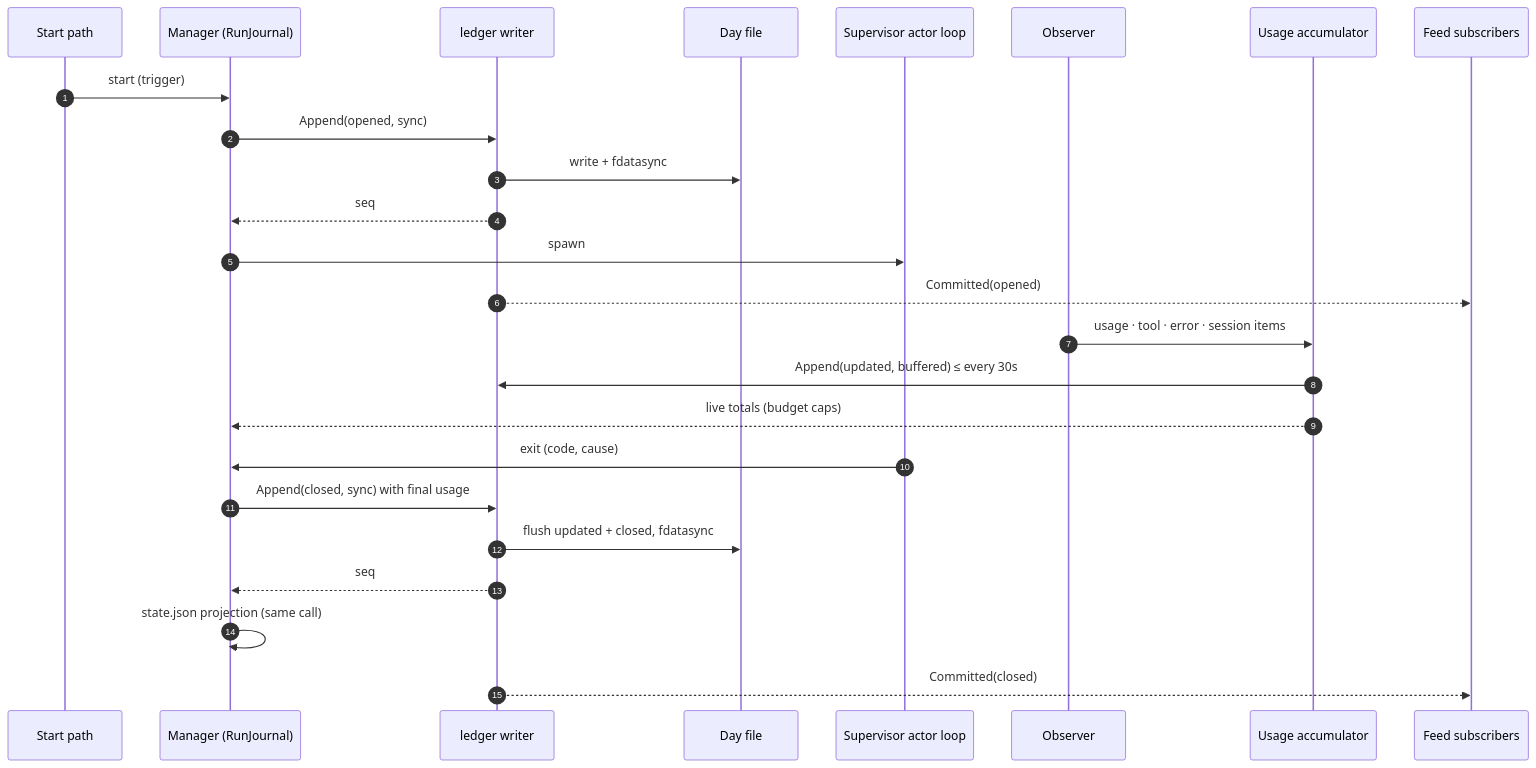
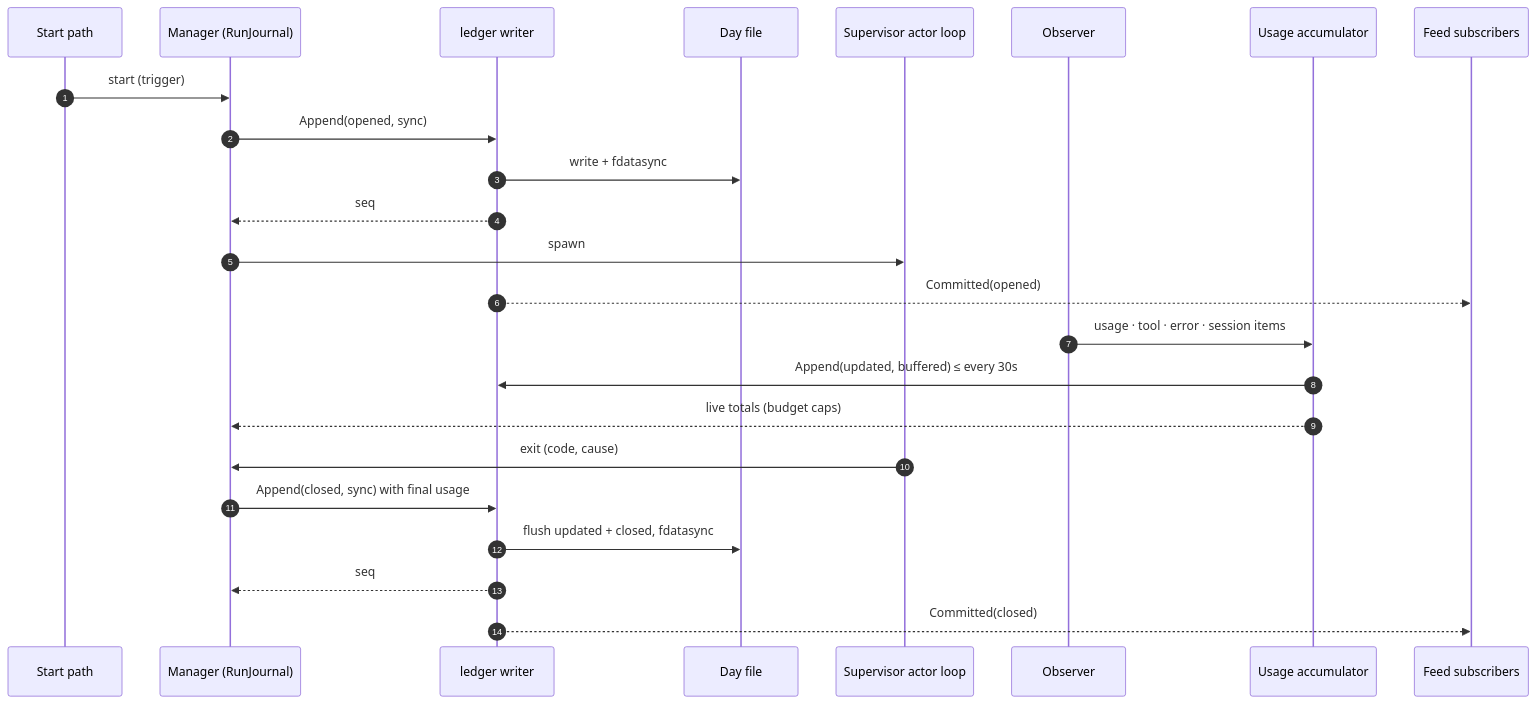
One commit to stump-wtf/harness changed the first of 2 diagrams in docs/openspec/specs/run-ledger/design.md. Above: the diagram before and after it, drawn with Mermaid. The commit also changed other lines of this file and 2 other files, not shown here.

First line of the commit message:
docs(adr,spec): drop the state.json run projection outright

````diff
--- a/docs/openspec/specs/run-ledger/design.md
+++ b/docs/openspec/specs/run-ledger/design.md
@@ -264,28 +285,27 @@
 ```mermaid
 sequenceDiagram
     autonumber
     participant Src as Start path
     participant M as Manager (RunJournal)
     participant W as ledger writer
     participant F as Day file
     participant S as Supervisor actor loop
     participant O as Observer
     participant A as Usage accumulator
     participant Sub as Feed subscribers
 
     Src->>M: start (trigger)
     M->>W: Append(opened, sync)
     W->>F: write + fdatasync
     W-->>M: seq
     M->>S: spawn
     W-->>Sub: Committed(opened)
     O->>A: usage · tool · error · session items
     A->>W: Append(updated, buffered) ≤ every 30s
     A-->>M: live totals (budget caps)
     S->>M: exit (code, cause)
     M->>W: Append(closed, sync) with final usage
     W->>F: flush updated + closed, fdatasync
     W-->>M: seq
-    M->>M: state.json projection (same call)
     W-->>Sub: Committed(closed)
 ```
````
